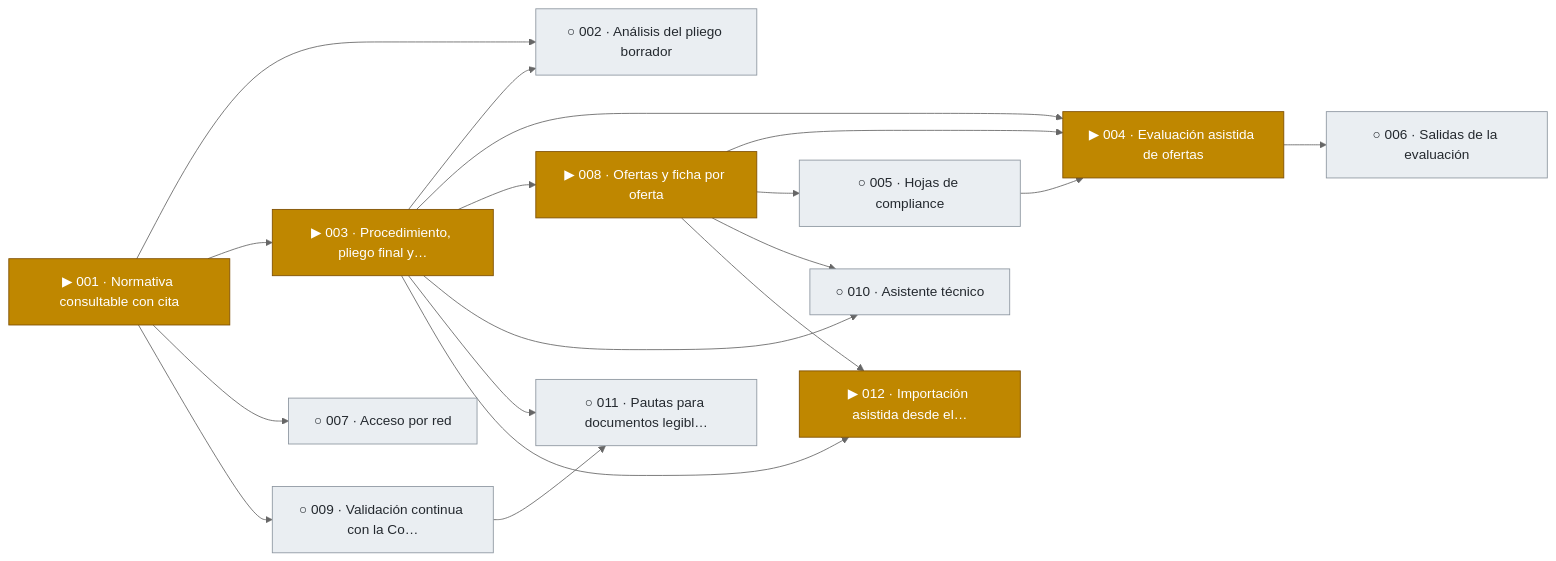
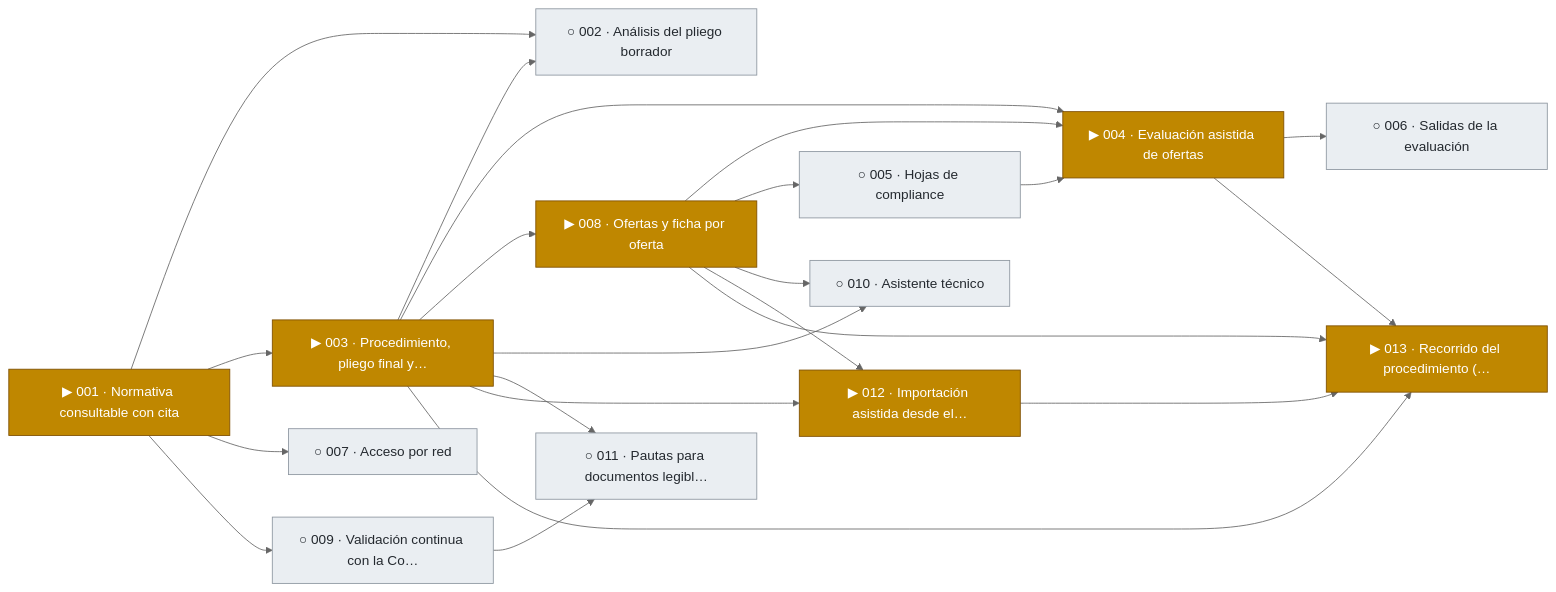
One commit to snavello/EVALUON changed the first of 12 diagrams in docs/tablero.md. Above: the diagram before and after it, drawn with Mermaid (neutral theme). The commit also changed other lines of this file and 2 other files, not shown here.

Commit message:
gestión: spec 013 aprobada (recorrido del procedimiento, aplicación mínima)

````diff
--- a/docs/tablero.md
+++ b/docs/tablero.md
@@ -9,37 +9,42 @@
 ```mermaid
 flowchart LR
   F001["▶ 001 · Normativa consultable con cita"]:::active
   F002["○ 002 · Análisis del pliego borrador"]:::todo
   F003["▶ 003 · Procedimiento, pliego final y…"]:::active
   F004["▶ 004 · Evaluación asistida de ofertas"]:::active
   F005["○ 005 · Hojas de compliance"]:::todo
   F006["○ 006 · Salidas de la evaluación"]:::todo
   F007["○ 007 · Acceso por red"]:::todo
   F008["▶ 008 · Ofertas y ficha por oferta"]:::active
   F009["○ 009 · Validación continua con la Co…"]:::todo
   F010["○ 010 · Asistente técnico"]:::todo
   F011["○ 011 · Pautas para documentos legibl…"]:::todo
   F012["▶ 012 · Importación asistida desde el…"]:::active
+  F013["▶ 013 · Recorrido del procedimiento (…"]:::active
   F001 --> F002
   F003 --> F002
   F001 --> F003
   F003 --> F004
   F008 --> F004
   F005 --> F004
   F008 --> F005
   F004 --> F006
   F001 --> F007
   F003 --> F008
   F001 --> F009
   F003 --> F010
   F008 --> F010
   F003 --> F011
   F009 --> F011
   F003 --> F012
   F008 --> F012
+  F003 --> F013
+  F004 --> F013
+  F008 --> F013
+  F012 --> F013
   classDef done fill:#1a7f37,stroke:#116329,color:#ffffff
   classDef review fill:#0969da,stroke:#0550ae,color:#ffffff
   classDef active fill:#bf8700,stroke:#7d4e00,color:#ffffff
   classDef blocked fill:#cf222e,stroke:#a40e26,color:#ffffff
   classDef todo fill:#eaeef2,stroke:#8c959f,color:#24292f
 ```
````
